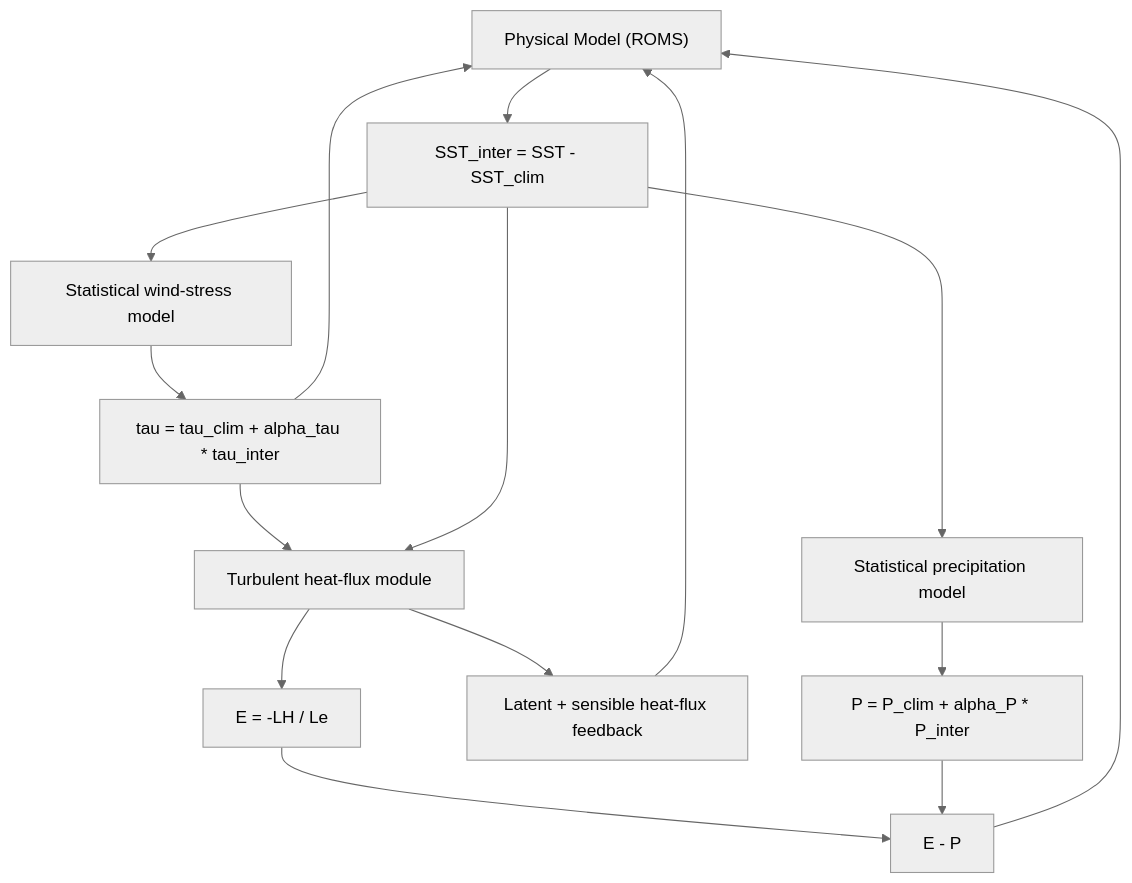
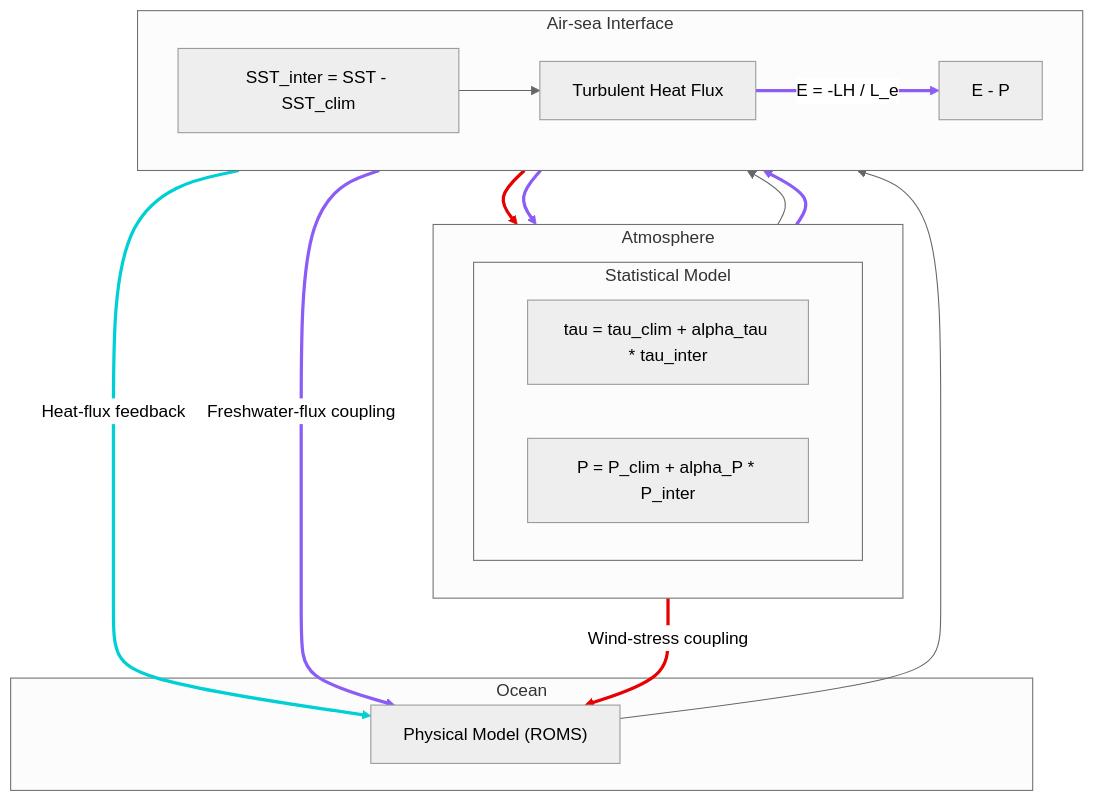
The diagram in README.md (yangyu-climate/HCM_ROMS), drawn with Mermaid (neutral theme) before and after one commit. The commit also changed other lines of this file, not shown here.

Commit message:
Update README model architecture

````diff
--- a/README.md
+++ b/README.md
@@ -19,19 +19,37 @@
 ```mermaid
-flowchart TD
-    ROMS["Physical Model (ROMS)"] --> SST["SST_inter = SST - SST_clim"]
-    SST --> TAU["Statistical wind-stress model"]
-    SST --> PRECIP["Statistical precipitation model"]
+flowchart TB
+    subgraph ATM["Atmosphere"]
+        direction LR
+        subgraph STAT["Statistical Model"]
+            direction LR
+            TAU["tau = tau_clim + alpha_tau * tau_inter"]
+            PRECIP["P = P_clim + alpha_P * P_inter"]
+        end
+    end
 
-    TAU --> TAUEQ["tau = tau_clim + alpha_tau * tau_inter"]
-    PRECIP --> PEQ["P = P_clim + alpha_P * P_inter"]
+    subgraph ASI["Air-sea Interface"]
+        direction LR
+        BULK["Turbulent Heat Flux"]
+        SST["SST_inter = SST - SST_clim"]
+        EMP["E - P"]
+    end
 
-    TAUEQ --> ROMS
-    TAUEQ --> BULK["Turbulent heat-flux module"]
+    subgraph OCEAN["Ocean"]
+        ROMS["Physical Model (ROMS)"]
+    end
+
+    ROMS --> SST
+    SST --> TAU
+    TAU -->|"Wind-stress coupling"| ROMS
+    TAU --> BULK
     SST --> BULK
-    BULK --> HEAT["Latent + sensible heat-flux feedback"]
-    BULK --> EVAP["E = -LH / Le"]
-    HEAT --> ROMS
-    EVAP --> EMP["E - P"]
-    PEQ --> EMP
-    EMP --> ROMS
+    BULK -->|"Heat-flux feedback"| ROMS
+    BULK -->|"E = -LH / L_e"| EMP
+    SST --> PRECIP
+    PRECIP --> EMP
+    EMP -->|"Freshwater-flux coupling"| ROMS
+
+    linkStyle 1,2 stroke:#e60000,stroke-width:3px
+    linkStyle 5 stroke:#00cfd5,stroke-width:3px
+    linkStyle 6,7,8,9 stroke:#8b5cf6,stroke-width:3px
 ```
````
